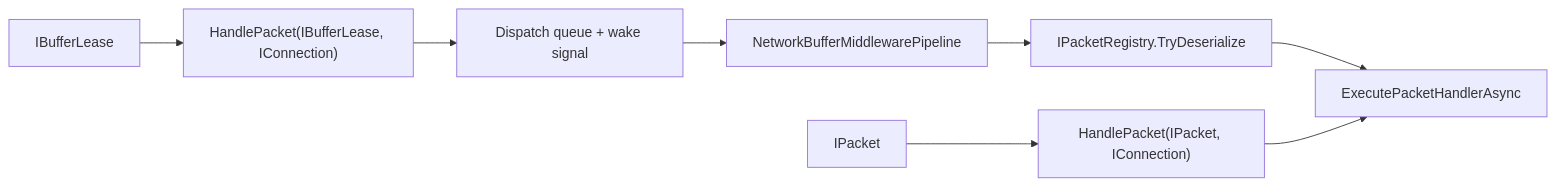
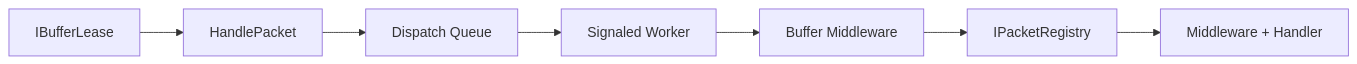
One commit to ppn-systems/Nalix changed the second of 2 diagrams in docs/api/runtime/routing/packet-dispatch.md. Above: the diagram before and after it, drawn with Mermaid. The commit also changed other lines of this file and 200 other files, not shown here.

````diff
--- a/docs/api/runtime/routing/packet-dispatch.md
+++ b/docs/api/runtime/routing/packet-dispatch.md
@@ -31,11 +45,9 @@
 ```mermaid
 flowchart LR
-    A["IBufferLease"] --> B["HandlePacket(IBufferLease, IConnection)"]
-    B --> C["Dispatch queue + wake signal"]
-    C --> D["NetworkBufferMiddlewarePipeline"]
-    D --> E["IPacketRegistry.TryDeserialize"]
-    E --> F["ExecutePacketHandlerAsync"]
-
-    X["IPacket"] --> Y["HandlePacket(IPacket, IConnection)"]
-    Y --> F
+    A["IBufferLease"] --> B["HandlePacket"]
+    B --> C["Dispatch Queue"]
+    C --> D["Signaled Worker"]
+    D --> E["Buffer Middleware"]
+    E --> F["IPacketRegistry"]
+    F --> G["Middleware + Handler"]
 ```
````
